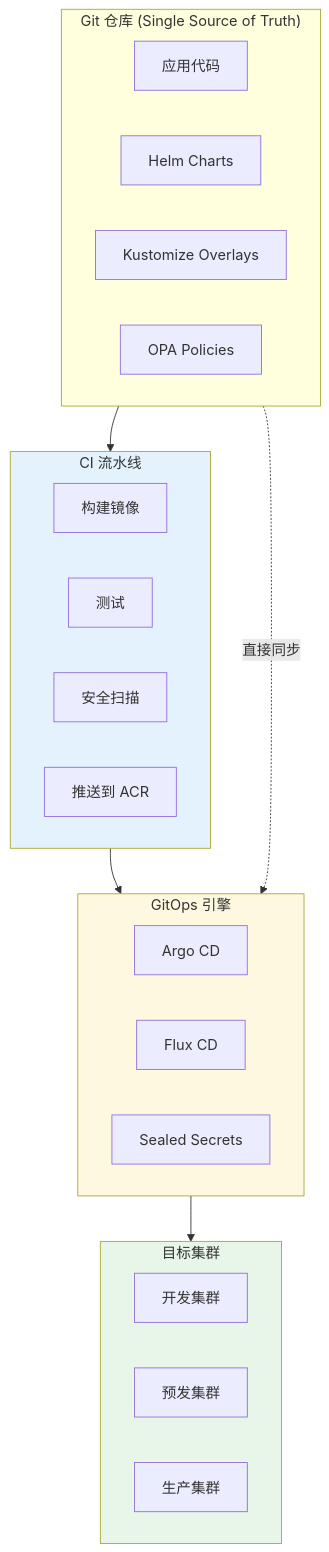
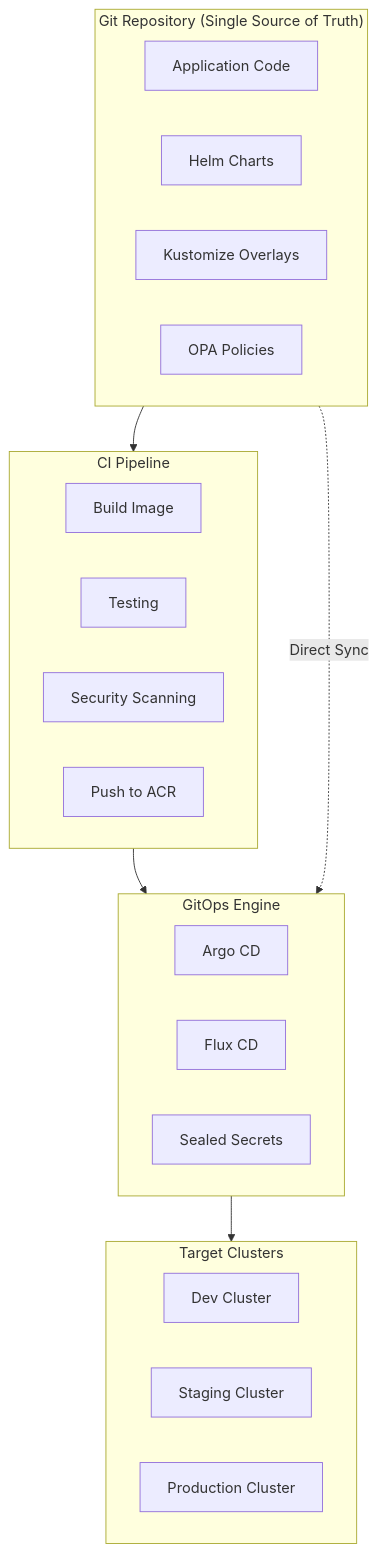
One commit to teaglebuilt/knowledge-tree changed the second of 7 diagrams in tree/application/architecture/cloudnative-devops-architecture.md. Above: the diagram before and after it, drawn with Mermaid. The commit also changed other lines of this file and 16 other files, not shown here.

````diff
--- a/tree/application/architecture/cloudnative-devops-architecture.md
+++ b/tree/application/architecture/cloudnative-devops-architecture.md
@@ -209,35 +157,31 @@
 ```mermaid
 flowchart TB
-    subgraph GitRepo["Git 仓库 (Single Source of Truth)"]
-        APP_CODE["应用代码"]
+    subgraph GitRepo["Git Repository (Single Source of Truth)"]
+        APP_CODE["Application Code"]
         CHARTS["Helm Charts"]
         KUSTOMIZE["Kustomize Overlays"]
         POLICIES["OPA Policies"]
     end
 
-    subgraph CIPipeline["CI 流水线"]
-        BUILD_IMG["构建镜像"]
-        TEST_IMG["测试"]
-        SCAN_IMG["安全扫描"]
-        PUSH_ACR["推送到 ACR"]
+    subgraph CIPipeline["CI Pipeline"]
+        BUILD_IMG["Build Image"]
+        TEST_IMG["Testing"]
+        SCAN_IMG["Security Scanning"]
+        PUSH_ACR["Push to ACR"]
     end
 
-    subgraph GitOpsEngine["GitOps 引擎"]
+    subgraph GitOpsEngine["GitOps Engine"]
         ARGO["Argo CD"]
         FLUX_CD["Flux CD"]
         SEALED_SECRETS["Sealed Secrets"]
     end
 
-    subgraph Clusters["目标集群"]
-        DEV_CLUSTER["开发集群"]
-        STAGING_CLUSTER["预发集群"]
-        PROD_CLUSTER["生产集群"]
+    subgraph Clusters["Target Clusters"]
+        DEV_CLUSTER["Dev Cluster"]
+        STAGING_CLUSTER["Staging Cluster"]
+        PROD_CLUSTER["Production Cluster"]
     end
 
     GitRepo --> CIPipeline --> GitOpsEngine --> Clusters
-    GitRepo -.->|直接同步| GitOpsEngine
-
-    style CIPipeline fill:#e3f2fd
-    style GitOpsEngine fill:#fff8e1
-    style Clusters fill:#e8f5e9
+    GitRepo -.->|Direct Sync| GitOpsEngine
 ```
````
